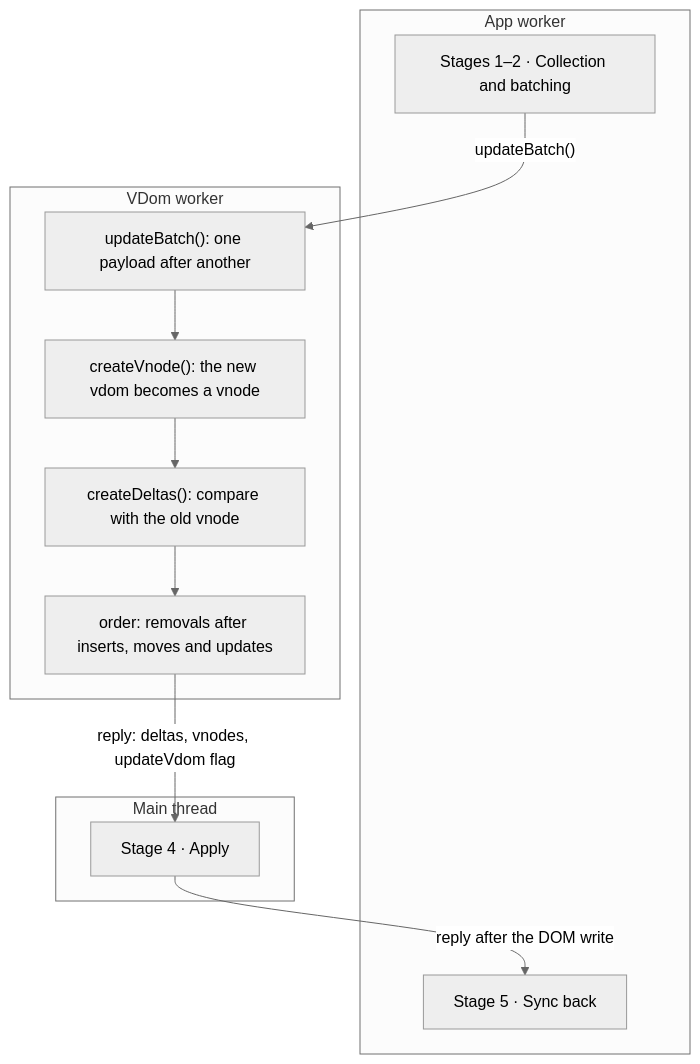
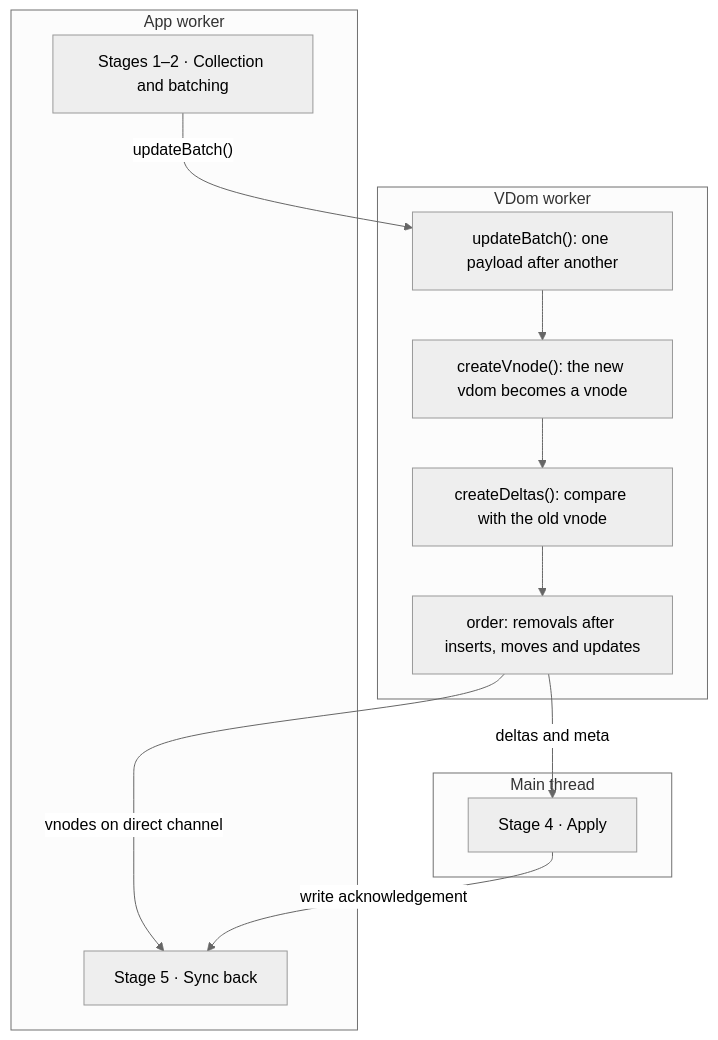
Before and after one commit to neomjs/neo: the diagram in learn/guides/vdomengine/VdomWorker.md, drawn with Mermaid (neutral theme). The commit also changed other lines of this file and 17 other files, not shown here.

````diff
--- a/learn/guides/vdomengine/VdomWorker.md
+++ b/learn/guides/vdomengine/VdomWorker.md
@@ -9,18 +9,19 @@
 ```mermaid
 flowchart TD
     subgraph APP["App worker"]
         A1["Stages 1–2 · Collection and batching"]
         A5["Stage 5 · Sync back"]
     end
     subgraph VDOM["VDom worker"]
         D1["updateBatch(): one payload after another"] --> D2["createVnode(): the new vdom becomes a vnode"]
         D2 --> D3["createDeltas(): compare with the old vnode"]
         D3 --> D4["order: removals after inserts, moves and updates"]
     end
     subgraph MAIN["Main thread"]
         M["Stage 4 · Apply"]
     end
     A1 -->|"updateBatch()"| D1
-    D4 -->|"reply: deltas, vnodes, updateVdom flag"| M
-    M -->|"reply after the DOM write"| A5
+    D4 -->|"vnodes on direct channel"| A5
+    D4 -->|"deltas and meta"| M
+    M -->|"write acknowledgement"| A5
 ```
````
